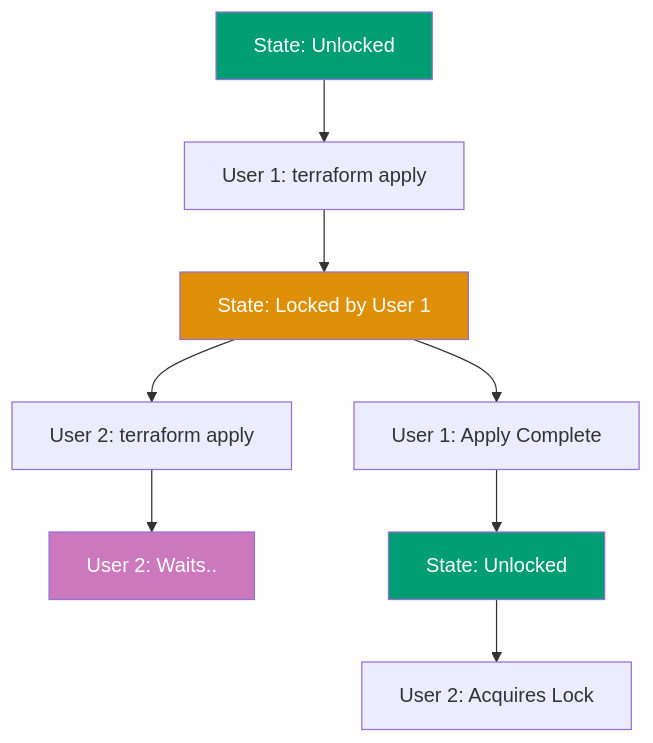
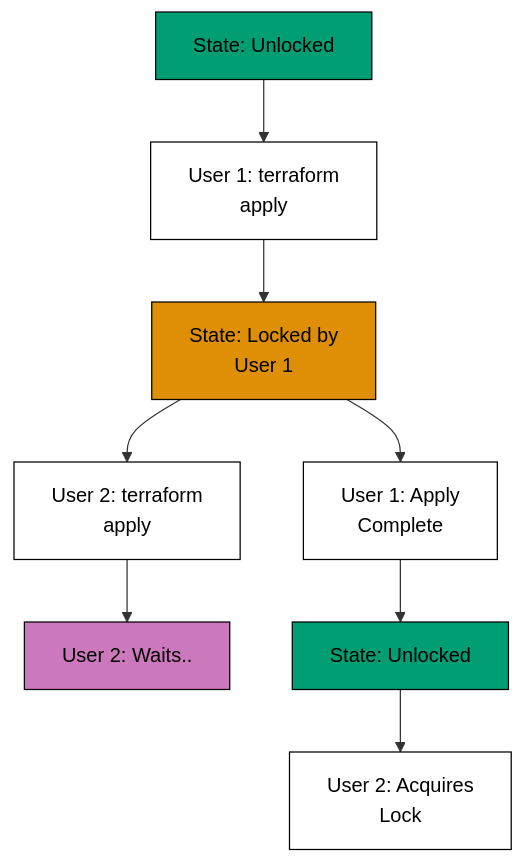
One commit to wahidyankf/ose-public changed the sixth of 6 diagrams in apps/ayokoding-www/content/en/learn/legacy/software-engineering/infrastructure/tools/terraform/by-example/beginner.md. Above: the diagram before and after it, drawn with Mermaid. The commit also changed other lines of this file and 131 other files, not shown here.

First line of the commit message:
fix(mermaid): bring the legacy data, infrastructure, and testing diagrams onto the accessible palette

````diff
--- a/apps/ayokoding-www/content/en/learn/legacy/software-engineering/infrastructure/tools/terraform/by-example/beginner.md
+++ b/apps/ayokoding-www/content/en/learn/legacy/software-engineering/infrastructure/tools/terraform/by-example/beginner.md
@@ -2405,16 +2444,22 @@
 ```mermaid
 %% Color Palette: Blue #0173B2, Orange #DE8F05, Teal #029E73, Purple #CC78BC, Brown #CA9161
 graph TD
- A["State: Unlocked"] --> B["User 1: terraform apply"]
- B --> C["State: Locked by User 1"]
- C --> D["User 2: terraform apply"]
+ accTitle: => Backend type for state storage
+ accDescr: Graph with 8 nodes and 7 connections. Nodes: State: Unlocked, User 1: terraform apply, State: Locked by User 1, User 2: terraform apply, User 2: Waits.., User 1: Apply Complete, State: Unlocked, User 2: Acquires Lock. Connections: State: Unlocked to User 1: terraform apply, User 1: terraform apply to State: Locked by User 1, State: Locked by User 1 to User 2: terraform apply, User 2: terraform apply to User 2: Waits.., State: Locked by User 1 to User 1: Apply Complete, User 1: Apply Complete to State: Unlocked, State: Unlocked to User 2: Acquires Lock.
+ A["State: Unlocked"] --> B["User 1: terraform<br/>apply"]
+ B --> C["State: Locked by<br/>User 1"]
+ C --> D["User 2: terraform<br/>apply"]
  D --> E["User 2: Waits.."]
- C --> F["User 1: Apply Complete"]
+ C --> F["User 1: Apply<br/>Complete"]
  F --> G["State: Unlocked"]
- G --> H["User 2: Acquires Lock"]
+ G --> H["User 2: Acquires<br/>Lock"]
 
- style A fill:#029E73,color:#fff
- style C fill:#DE8F05,color:#fff
- style E fill:#CC78BC,color:#fff
- style G fill:#029E73,color:#fff
+ classDef pal-029E73 fill:#029E73,stroke:#000000,color:#000000
+ class A pal-029E73
+ classDef pal-DE8F05 fill:#DE8F05,stroke:#000000,color:#000000
+ class C pal-DE8F05
+ classDef pal-CC78BC fill:#CC78BC,stroke:#000000,color:#000000
+ class E pal-CC78BC
+ class G pal-029E73
+ classDef default fill:#FFFFFF,stroke:#000000,color:#000000
 ```
````
